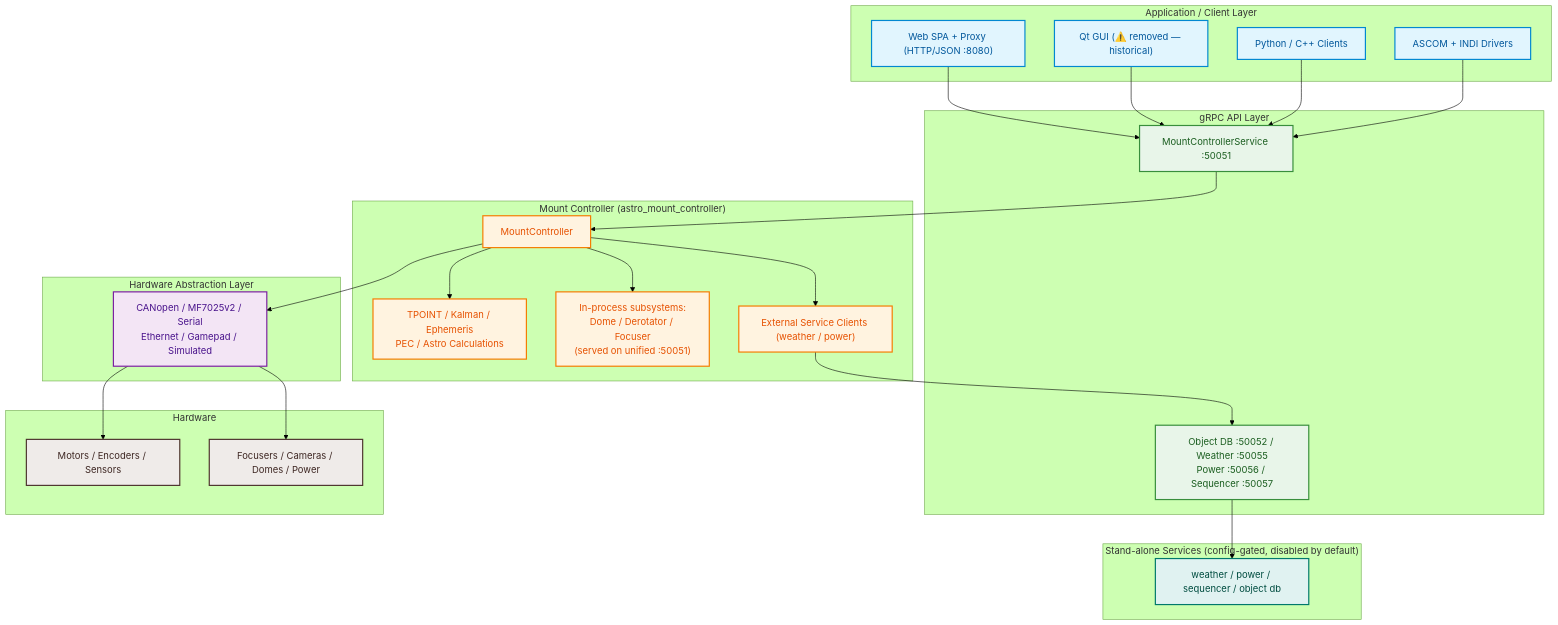
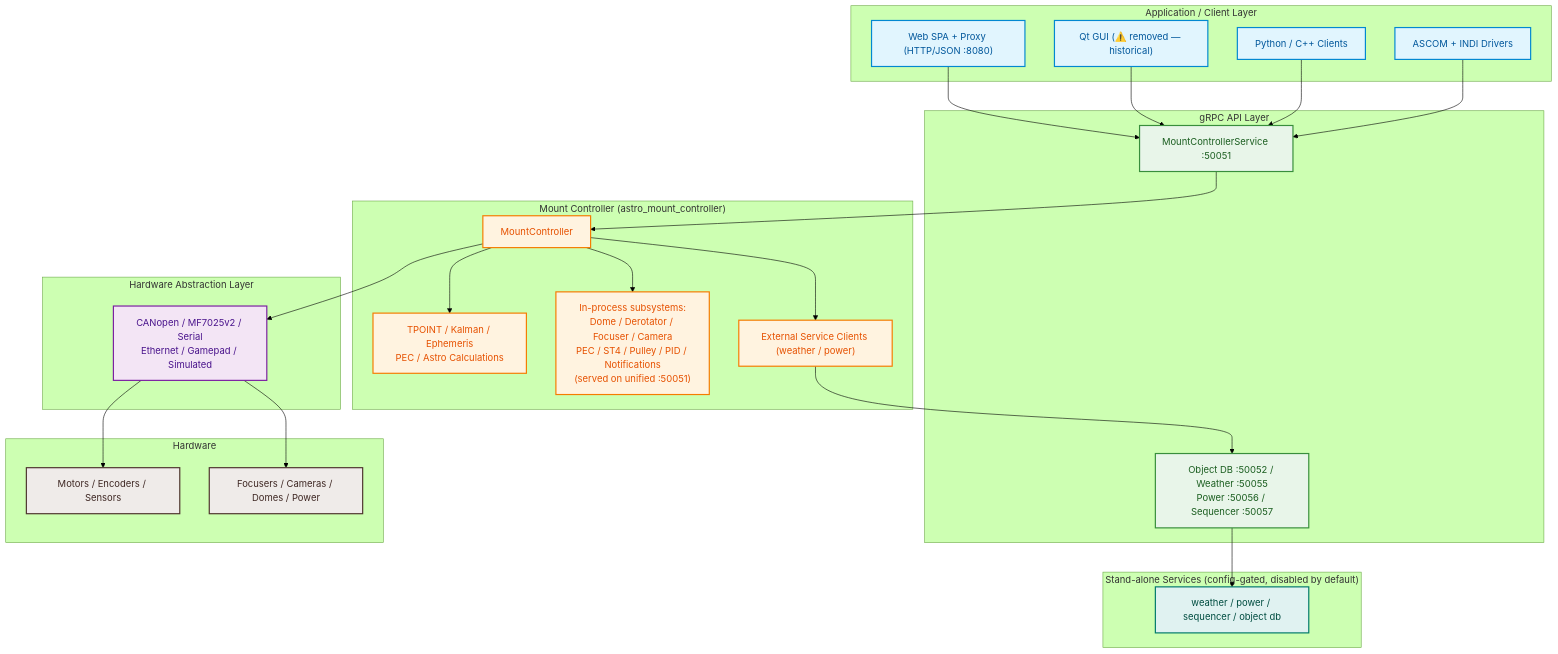
The first of 10 diagrams in docs/en/architecture.md (pielaszkiewicz-jacek/astro_mount_control), drawn with Mermaid (forest theme) before and after one commit. The commit also changed other lines of this file and 12 other files, not shown here.

````diff
--- a/docs/en/architecture.md
+++ b/docs/en/architecture.md
@@ -18,62 +18,62 @@
 ```mermaid
 flowchart TB
     classDef client fill:#e1f5fe,stroke:#0288d1,stroke-width:2px,color:#01579b
     classDef api fill:#e8f5e9,stroke:#388e3c,stroke-width:2px,color:#1b5e20
     classDef core fill:#fff3e0,stroke:#f57c00,stroke-width:2px,color:#e65100
     classDef svc fill:#e0f2f1,stroke:#00796b,stroke-width:2px,color:#004d40
     classDef hal fill:#f3e5f5,stroke:#7b1fa2,stroke-width:2px,color:#4a148c
     classDef hw fill:#efebe9,stroke:#4e342e,stroke-width:2px,color:#3e2723
 
     subgraph CLIENTS["Application / Client Layer"]
         WEB["Web SPA + Proxy (HTTP/JSON :8080)"]
         QT["Qt GUI (⚠️ removed — historical)"]
         PY["Python / C++ Clients"]
         DRV["ASCOM + INDI Drivers"]
     end
 
     subgraph API["gRPC API Layer"]
         GRPC["MountControllerService :50051"]
         EXT["Object DB :50052 / Weather :50055<br/>Power :50056 / Sequencer :50057"]
     end
 
     subgraph CORE["Mount Controller (astro_mount_controller)"]
         MC["MountController"]
         MODELS["TPOINT / Kalman / Ephemeris<br/>PEC / Astro Calculations"]
-        INPROC["In-process subsystems:<br/>Dome / Derotator / Focuser<br/>(served on unified :50051)"]
+        INPROC["In-process subsystems:<br/>Dome / Derotator / Focuser / Camera<br/>PEC / ST4 / Pulley / PID / Notifications<br/>(served on unified :50051)"]
         CLIENTSVC["External Service Clients (weather / power)"]
     end
 
     subgraph SERVICES["Stand-alone Services (config-gated, disabled by default)"]
         SVCS["weather / power / sequencer / object db"]
     end
 
     subgraph HAL["Hardware Abstraction Layer"]
         HALIMPL["CANopen / MF7025v2 / Serial<br/>Ethernet / Gamepad / Simulated"]
     end
 
     subgraph HW["Hardware"]
         HW1["Motors / Encoders / Sensors"]
         HW2["Focusers / Cameras / Domes / Power"]
     end
 
     WEB --> GRPC
     QT --> GRPC
     PY --> GRPC
     DRV --> GRPC
     GRPC --> MC
     MC --> MODELS
     MC --> INPROC
     MC --> CLIENTSVC
     CLIENTSVC --> EXT
     EXT --> SVCS
     MC --> HALIMPL
     HALIMPL --> HW1
     HALIMPL --> HW2
 
     class WEB,QT,PY,DRV client
     class GRPC,EXT api
     class MC,MODELS,INPROC,CLIENTSVC core
     class SVCS svc
     class HALIMPL hal
     class HW1,HW2 hw
 ```
````
